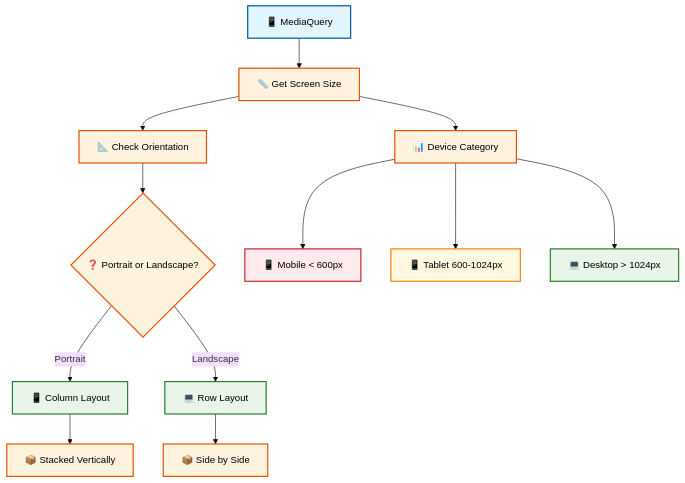
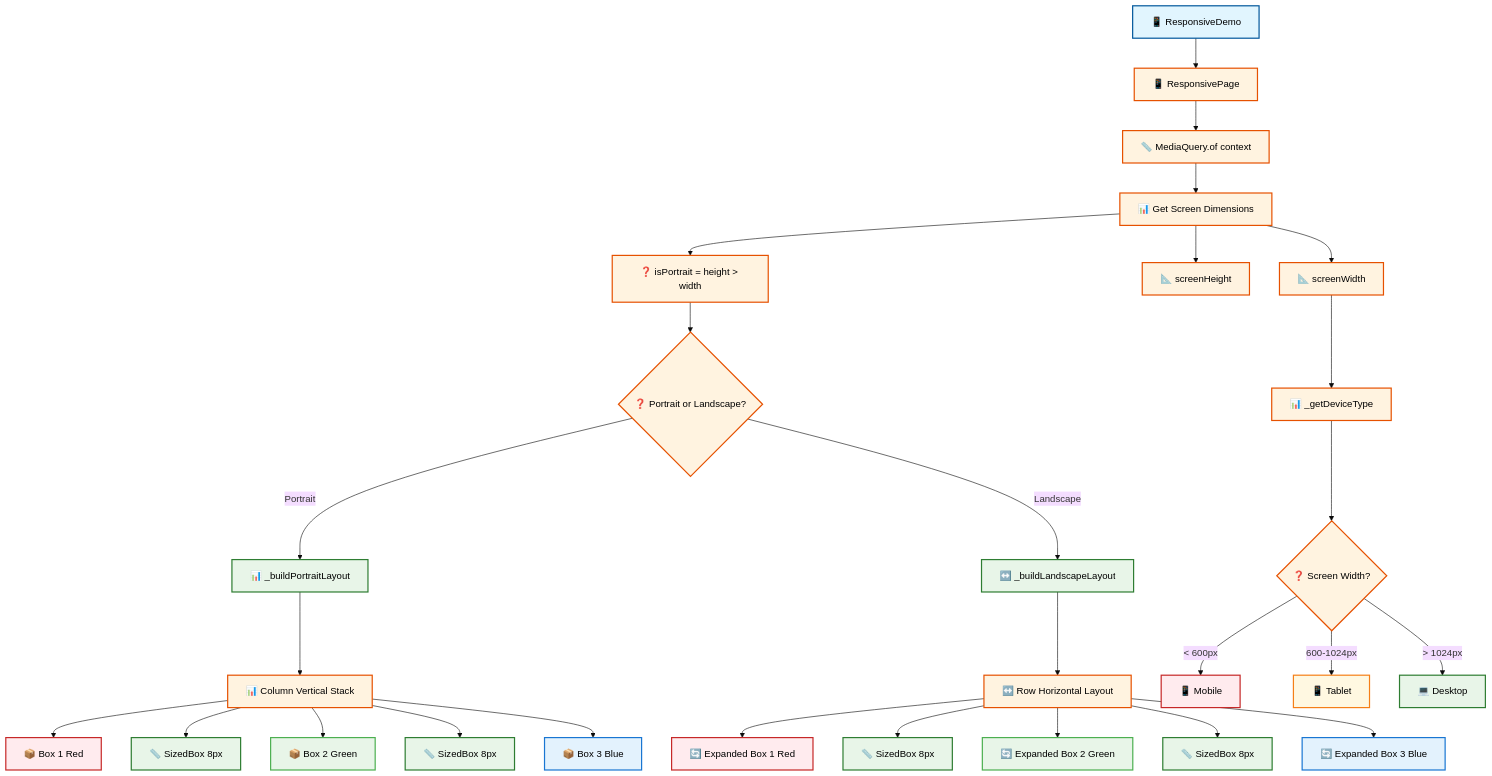
One commit to antonprafanto/flutter changed the tenth of 11 diagrams in pertemuan3.md. Above: the diagram before and after it, drawn with Mermaid (base theme). The commit also changed other lines of this file, not shown here.

````diff
--- a/pertemuan3.md
+++ b/pertemuan3.md
@@ -858,30 +1221,62 @@
 ```mermaid
 flowchart TD
-    A[📱 MediaQuery] --> B[📏 Get Screen Size]
-    B --> C[📐 Check Orientation]
-    C --> D{❓ Portrait or Landscape?}
+    A[📱 ResponsiveDemo] --> B[📱 ResponsivePage]
+    B --> C[📏 MediaQuery.of context]
+    C --> D[📊 Get Screen Dimensions]
     
-    D -->|Portrait| E[📱 Column Layout]
-    D -->|Landscape| F[💻 Row Layout]
+    D --> E[📐 screenWidth]
+    D --> F[📐 screenHeight]
+    D --> G[❓ isPortrait = height > width]
     
-    E --> G[📦 Stacked Vertically]
-    F --> H[📦 Side by Side]
+    G --> H{❓ Portrait or Landscape?}
+    H -->|Portrait| I[📊 _buildPortraitLayout]
+    H -->|Landscape| J[↔️ _buildLandscapeLayout]
     
-    B --> I[📊 Device Category]
-    I --> J[📱 Mobile < 600px]
-    I --> K[📱 Tablet 600-1024px]
-    I --> L[💻 Desktop > 1024px]
+    I --> K[📊 Column Vertical Stack]
+    K --> L[📦 Box 1 Red]
+    K --> M[📏 SizedBox 8px]
+    K --> N[📦 Box 2 Green]
+    K --> O[📏 SizedBox 8px]
+    K --> P[📦 Box 3 Blue]
+    
+    J --> Q[↔️ Row Horizontal Layout]
+    Q --> R[🔄 Expanded Box 1 Red]
+    Q --> S[📏 SizedBox 8px]
+    Q --> T[🔄 Expanded Box 2 Green]
+    Q --> U[📏 SizedBox 8px]
+    Q --> V[🔄 Expanded Box 3 Blue]
+    
+    E --> W[📊 _getDeviceType]
+    W --> X{❓ Screen Width?}
+    X -->|< 600px| Y[📱 Mobile]
+    X -->|600-1024px| Z[📱 Tablet]
+    X -->|> 1024px| AA[💻 Desktop]
     
     style A fill:#e1f5fe,stroke:#01579b,stroke-width:2px,color:#000
     style B fill:#fff3e0,stroke:#e65100,stroke-width:2px,color:#000
     style C fill:#fff3e0,stroke:#e65100,stroke-width:2px,color:#000
     style D fill:#fff3e0,stroke:#e65100,stroke-width:2px,color:#000
-    style E fill:#e8f5e8,stroke:#2e7d32,stroke-width:2px,color:#000
-    style F fill:#e8f5e8,stroke:#2e7d32,stroke-width:2px,color:#000
+    style E fill:#fff3e0,stroke:#e65100,stroke-width:2px,color:#000
+    style F fill:#fff3e0,stroke:#e65100,stroke-width:2px,color:#000
     style G fill:#fff3e0,stroke:#e65100,stroke-width:2px,color:#000
     style H fill:#fff3e0,stroke:#e65100,stroke-width:2px,color:#000
-    style I fill:#fff3e0,stroke:#e65100,stroke-width:2px,color:#000
-    style J fill:#ffebee,stroke:#c62828,stroke-width:2px,color:#000
-    style K fill:#fff8e1,stroke:#f57f17,stroke-width:2px,color:#000
-    style L fill:#e8f5e8,stroke:#2e7d32,stroke-width:2px,color:#000
+    style I fill:#e8f5e8,stroke:#2e7d32,stroke-width:2px,color:#000
+    style J fill:#e8f5e8,stroke:#2e7d32,stroke-width:2px,color:#000
+    style K fill:#fff3e0,stroke:#e65100,stroke-width:2px,color:#000
+    style L fill:#ffebee,stroke:#c62828,stroke-width:2px,color:#000
+    style M fill:#e8f5e8,stroke:#2e7d32,stroke-width:2px,color:#000
+    style N fill:#e8f5e8,stroke:#4caf50,stroke-width:2px,color:#000
+    style O fill:#e8f5e8,stroke:#2e7d32,stroke-width:2px,color:#000
+    style P fill:#e3f2fd,stroke:#1976d2,stroke-width:2px,color:#000
+    style Q fill:#fff3e0,stroke:#e65100,stroke-width:2px,color:#000
+    style R fill:#ffebee,stroke:#c62828,stroke-width:2px,color:#000
+    style S fill:#e8f5e8,stroke:#2e7d32,stroke-width:2px,color:#000
+    style T fill:#e8f5e8,stroke:#4caf50,stroke-width:2px,color:#000
+    style U fill:#e8f5e8,stroke:#2e7d32,stroke-width:2px,color:#000
+    style V fill:#e3f2fd,stroke:#1976d2,stroke-width:2px,color:#000
+    style W fill:#fff3e0,stroke:#e65100,stroke-width:2px,color:#000
+    style X fill:#fff3e0,stroke:#e65100,stroke-width:2px,color:#000
+    style Y fill:#ffebee,stroke:#c62828,stroke-width:2px,color:#000
+    style Z fill:#fff8e1,stroke:#f57f17,stroke-width:2px,color:#000
+    style AA fill:#e8f5e8,stroke:#2e7d32,stroke-width:2px,color:#000
 ```
````
